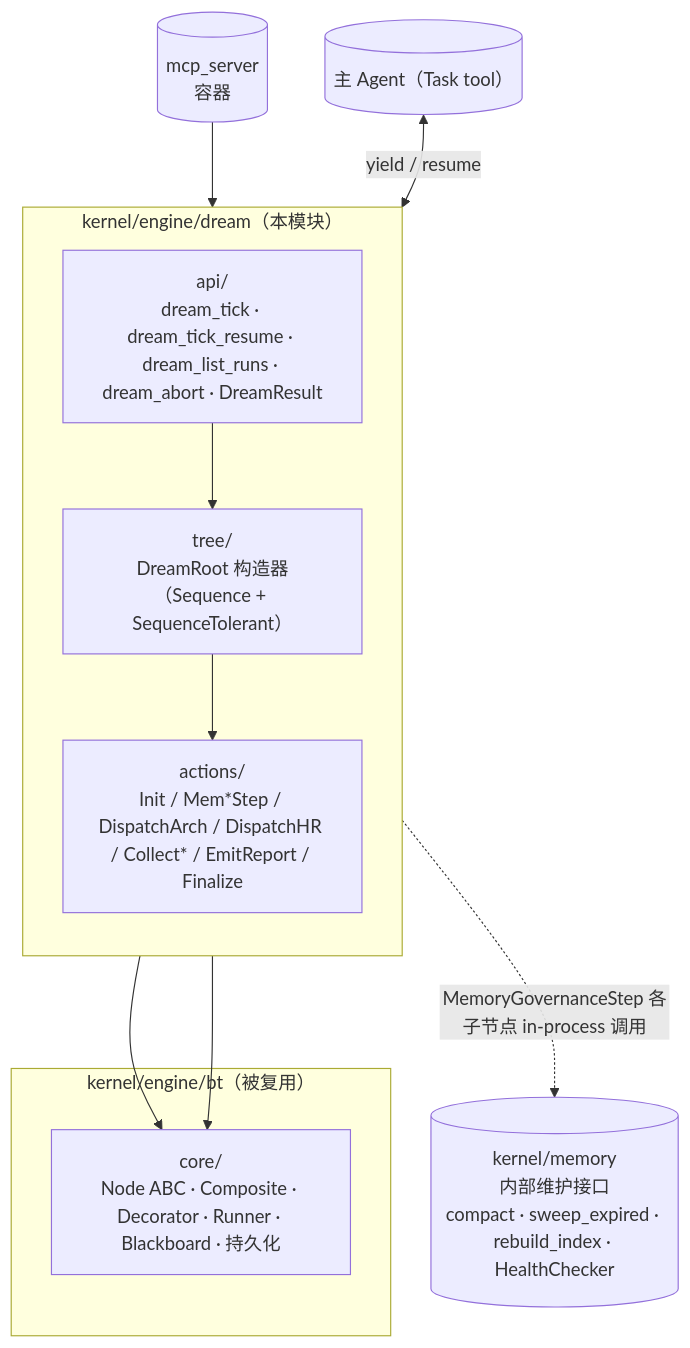
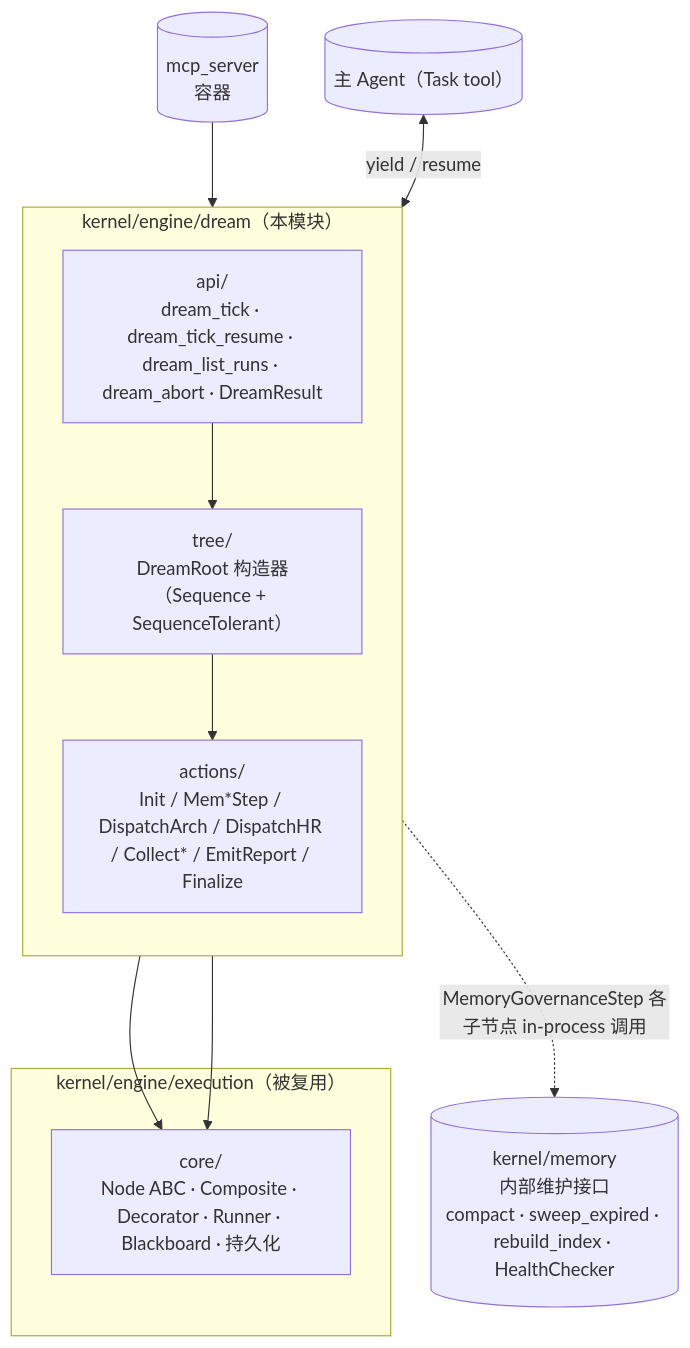
The diagram in v1/kernel/engine/dream/.dna/module.md (nan023062/agent-team-cc), drawn with Mermaid before and after one commit. The commit also changed other lines of this file and 59 other files, not shown here.

First line of the commit message:
refactor(engine): rename bt/ → execution/ to match peer-symmetric architecture

````diff
--- a/v1/kernel/engine/dream/.dna/module.md
+++ b/v1/kernel/engine/dream/.dna/module.md
@@ -32,25 +32,25 @@
 ```mermaid
 flowchart TB
     subgraph DREAM["kernel/engine/dream（本模块）"]
         direction TB
         Tree["tree/<br/>DreamRoot 构造器（Sequence + SequenceTolerant）"]
         Actions["actions/<br/>Init / Mem*Step / DispatchArch / DispatchHR / Collect* / EmitReport / Finalize"]
         Api["api/<br/>dream_tick · dream_tick_resume · dream_list_runs · dream_abort · DreamResult"]
     end
 
-    subgraph BT["kernel/engine/bt（被复用）"]
+    subgraph EXEC["kernel/engine/execution（被复用）"]
         Core["core/<br/>Node ABC · Composite · Decorator · Runner · Blackboard · 持久化"]
     end
 
     MainAgent[("主 Agent（Task tool）")]
     Memory[("kernel/memory<br/>内部维护接口<br/>compact · sweep_expired · rebuild_index · HealthChecker")]
     MCP[("mcp_server<br/>容器")]
 
     MCP --> Api
     MainAgent <-->|yield / resume| Api
     Api --> Tree
     Tree --> Core
     Tree --> Actions
     Actions --> Core
     Actions -.->|MemoryGovernanceStep 各子节点 in-process 调用| Memory
 ```
````
